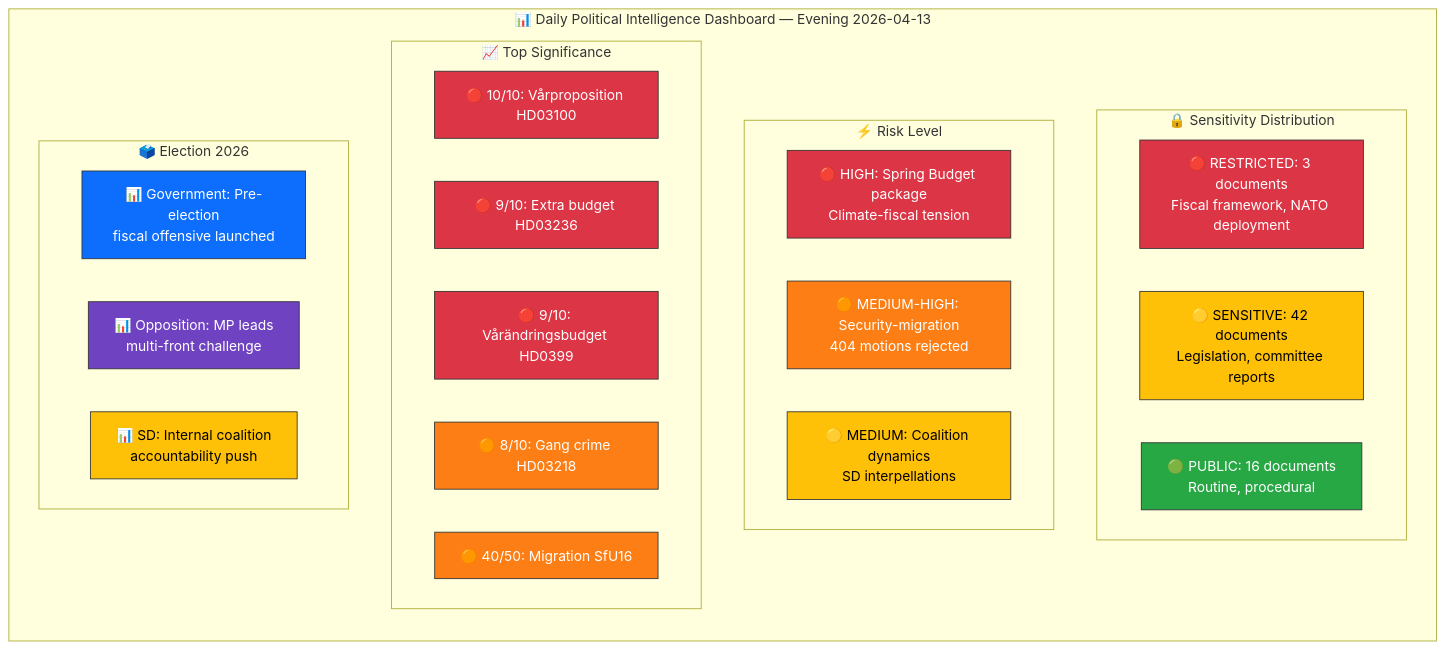
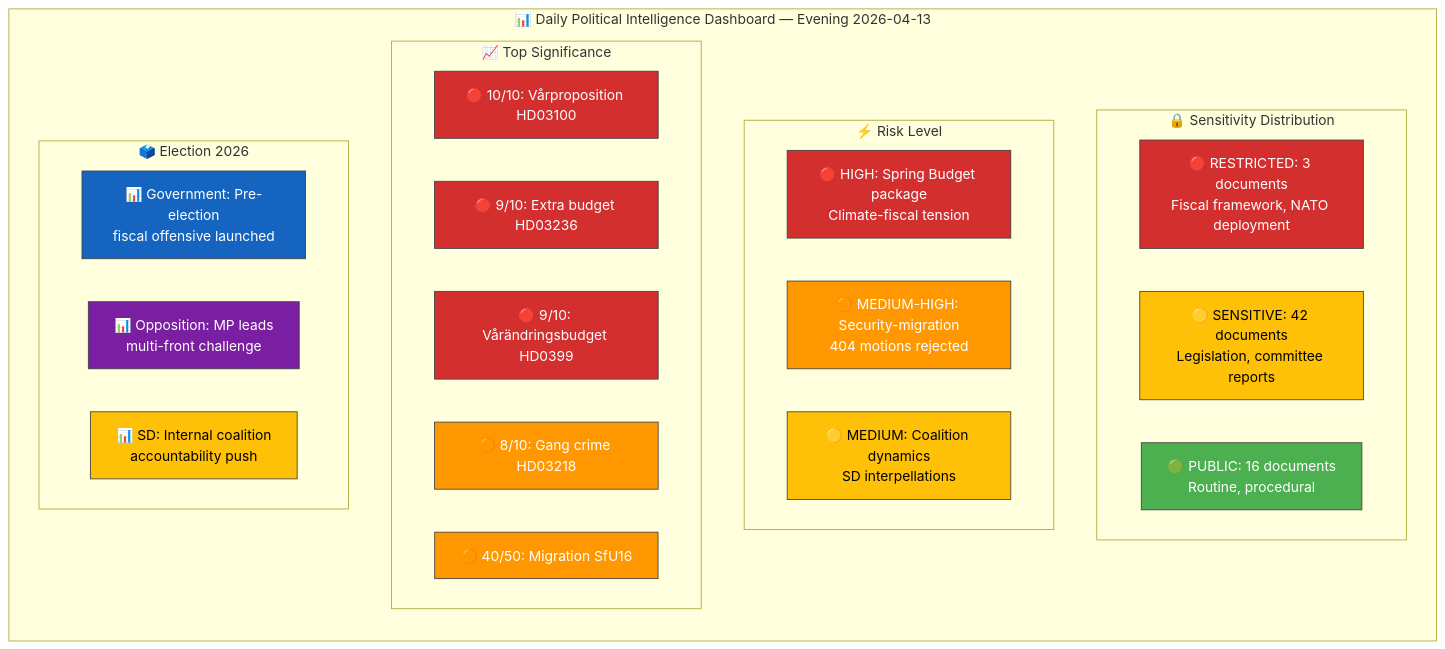
The diagram in analysis/daily/2026-04-13/evening-analysis/synthesis-summary.md (Hack23/riksdagsmonitor), drawn with Mermaid before and after one commit. The commit also changed 785 other files, not shown here.

First line of the commit message:
Normalize mermaid colors across 786 analysis artifacts to ISMS Style Guide palette

````diff
--- a/analysis/daily/2026-04-13/evening-analysis/synthesis-summary.md
+++ b/analysis/daily/2026-04-13/evening-analysis/synthesis-summary.md
@@ -22,42 +22,42 @@
 ```mermaid
 graph TD
     subgraph "📊 Daily Political Intelligence Dashboard — Evening 2026-04-13"
         direction TB
         subgraph "🔒 Sensitivity Distribution"
             S1["🔴 RESTRICTED: 3 documents<br/>Fiscal framework, NATO deployment"]
             S2["🟡 SENSITIVE: 42 documents<br/>Legislation, committee reports"]
             S3["🟢 PUBLIC: 16 documents<br/>Routine, procedural"]
         end
         subgraph "⚡ Risk Level"
             R1["🔴 HIGH: Spring Budget package<br/>Climate-fiscal tension"]
             R2["🟠 MEDIUM-HIGH: Security-migration<br/>404 motions rejected"]
             R3["🟡 MEDIUM: Coalition dynamics<br/>SD interpellations"]
         end
         subgraph "📈 Top Significance"
             SIG1["🔴 10/10: Vårproposition HD03100"]
             SIG2["🔴 9/10: Extra budget HD03236"]
             SIG3["🔴 9/10: Vårändringsbudget HD0399"]
             SIG4["🟠 8/10: Gang crime HD03218"]
             SIG5["🟠 40/50: Migration SfU16"]
         end
         subgraph "🗳️ Election 2026"
             E1["📊 Government: Pre-election<br/>fiscal offensive launched"]
             E2["📊 Opposition: MP leads<br/>multi-front challenge"]
             E3["📊 SD: Internal coalition<br/>accountability push"]
         end
     end
-    style S1 fill:#dc3545,stroke:#333,color:#fff
-    style S2 fill:#ffc107,stroke:#333,color:#000
-    style S3 fill:#28a745,stroke:#333,color:#fff
-    style R1 fill:#dc3545,stroke:#333,color:#fff
-    style R2 fill:#fd7e14,stroke:#333,color:#fff
-    style R3 fill:#ffc107,stroke:#333,color:#000
-    style SIG1 fill:#dc3545,stroke:#333,color:#fff
-    style SIG2 fill:#dc3545,stroke:#333,color:#fff
-    style SIG3 fill:#dc3545,stroke:#333,color:#fff
-    style SIG4 fill:#fd7e14,stroke:#333,color:#fff
-    style SIG5 fill:#fd7e14,stroke:#333,color:#fff
-    style E1 fill:#0d6efd,stroke:#333,color:#fff
-    style E2 fill:#6f42c1,stroke:#333,color:#fff
-    style E3 fill:#ffc107,stroke:#333,color:#000
+    style S1 fill:#D32F2F,stroke:#424242,color:#FFFFFF
+    style S2 fill:#FFC107,stroke:#424242,color:#000000
+    style S3 fill:#4CAF50,stroke:#424242,color:#FFFFFF
+    style R1 fill:#D32F2F,stroke:#424242,color:#FFFFFF
+    style R2 fill:#FF9800,stroke:#424242,color:#FFFFFF
+    style R3 fill:#FFC107,stroke:#424242,color:#000000
+    style SIG1 fill:#D32F2F,stroke:#424242,color:#FFFFFF
+    style SIG2 fill:#D32F2F,stroke:#424242,color:#FFFFFF
+    style SIG3 fill:#D32F2F,stroke:#424242,color:#FFFFFF
+    style SIG4 fill:#FF9800,stroke:#424242,color:#FFFFFF
+    style SIG5 fill:#FF9800,stroke:#424242,color:#FFFFFF
+    style E1 fill:#1565C0,stroke:#424242,color:#FFFFFF
+    style E2 fill:#7B1FA2,stroke:#424242,color:#FFFFFF
+    style E3 fill:#FFC107,stroke:#424242,color:#000000
 ```
````
